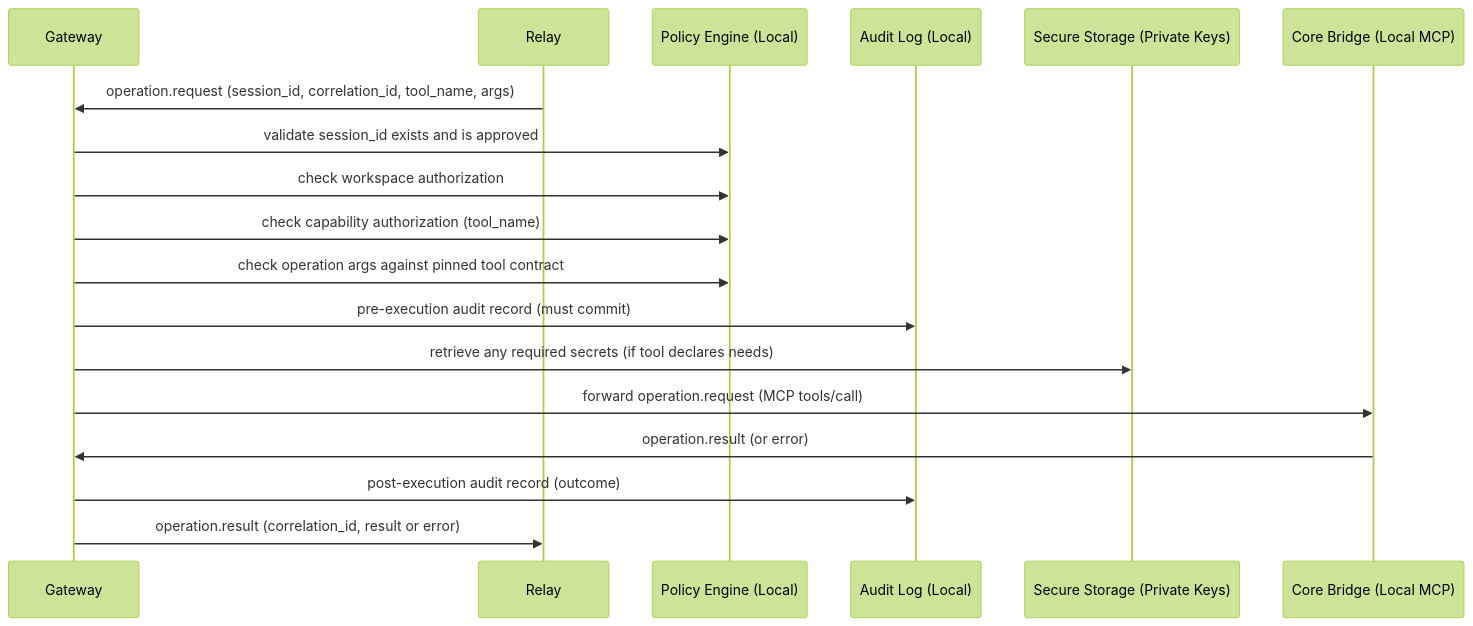
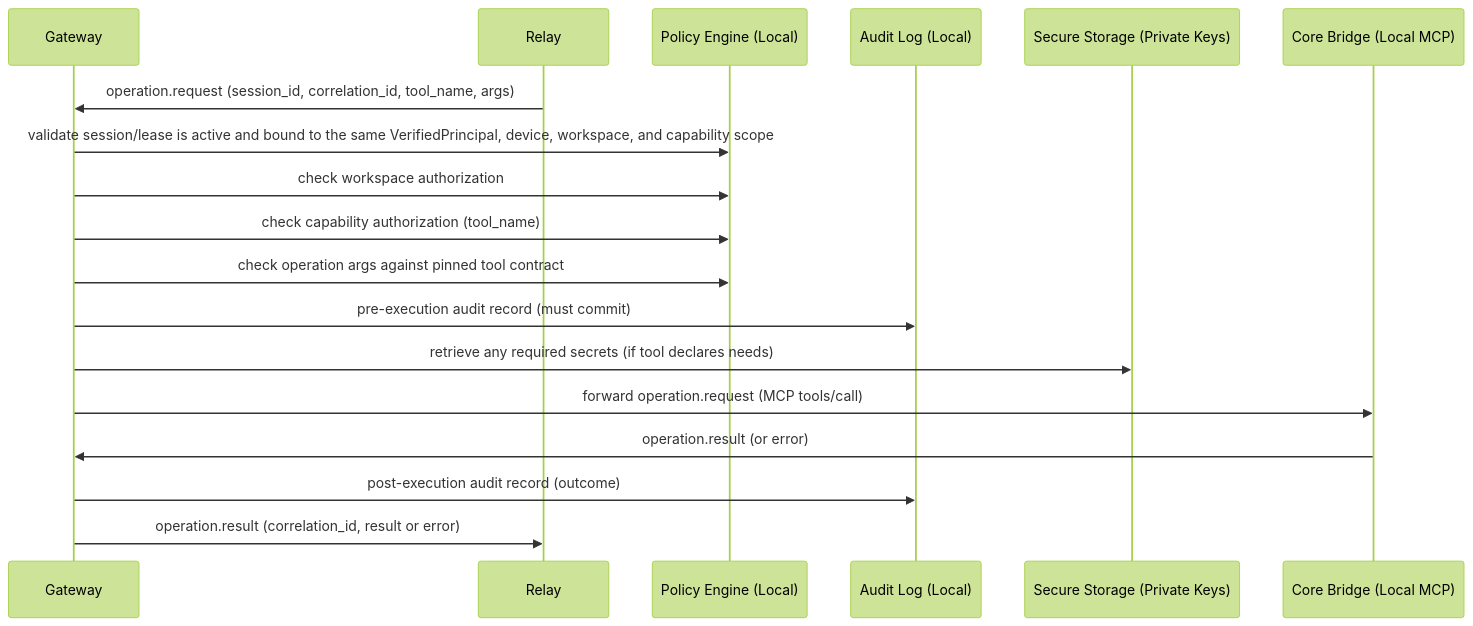
One commit to oaslananka/kicad-mcp-pro-gateway changed the third of 8 diagrams in docs/security/sequence-diagrams.md. Above: the diagram before and after it, drawn with Mermaid (forest theme). The commit also changed other lines of this file and 15 other files, not shown here.

````diff
--- a/docs/security/sequence-diagrams.md
+++ b/docs/security/sequence-diagrams.md
@@ -64,21 +63,21 @@
 ```mermaid
 sequenceDiagram
     participant Gateway
     participant Relay
     participant PolicyEngine as Policy Engine (Local)
     participant AuditLog as Audit Log (Local)
     participant Keychain as Secure Storage (Private Keys)
     participant CoreBridge as Core Bridge (Local MCP)
 
     Relay->>Gateway: operation.request (session_id, correlation_id, tool_name, args)
-    Gateway->>PolicyEngine: validate session_id exists and is approved
+    Gateway->>PolicyEngine: validate session/lease is active and bound to the same VerifiedPrincipal, device, workspace, and capability scope
     Gateway->>PolicyEngine: check workspace authorization
     Gateway->>PolicyEngine: check capability authorization (tool_name)
     Gateway->>PolicyEngine: check operation args against pinned tool contract
     Gateway->>AuditLog: pre-execution audit record (must commit)
     Gateway->>Keychain: retrieve any required secrets (if tool declares needs)
     Gateway->>CoreBridge: forward operation.request (MCP tools/call)
     CoreBridge->>Gateway: operation.result (or error)
     Gateway->>AuditLog: post-execution audit record (outcome)
     Gateway->>Relay: operation.result (correlation_id, result or error)
 ```
````
